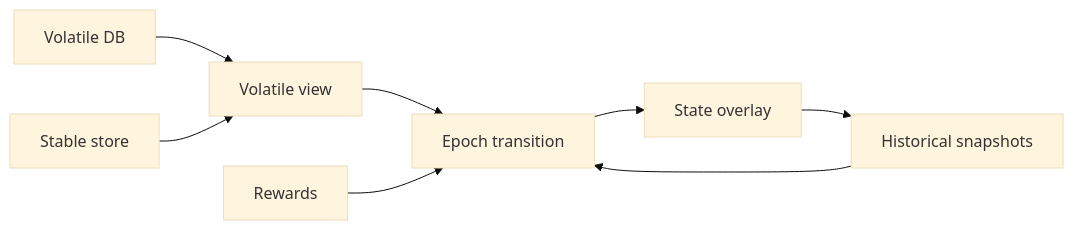
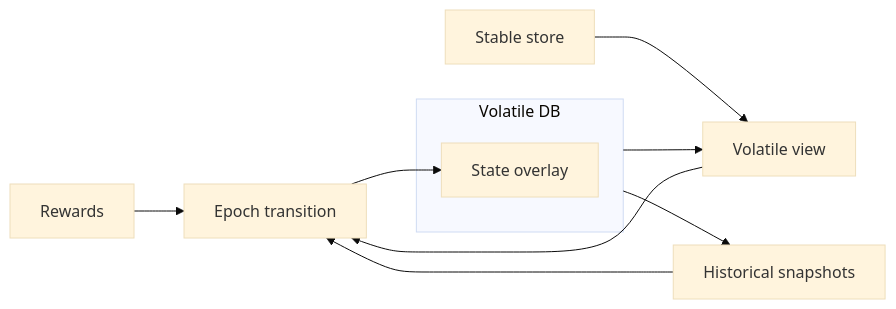
Before and after one commit to pragma-org/amaru: the third of 3 diagrams in crates/amaru-ledger/README.md, drawn with Mermaid (base theme). The commit also changed other lines of this file, not shown here.

Commit message:
chore: update ledger mermaid diagrams

````diff
--- a/crates/amaru-ledger/README.md
+++ b/crates/amaru-ledger/README.md
@@ -72,18 +76,20 @@
 ```mermaid
 flowchart LR
     ET["Epoch transition"]
     HS["Historical snapshots"]
     RW["Rewards"]
-    SO["State overlay"]
     SS["Stable store"]
-    VD["Volatile DB"]
     VV["Volatile view"]
+
+    subgraph VD["Volatile DB"]
+        SO["State overlay"]
+    end
 
     VD --> VV
     SS --> VV
     VV --> ET
     HS --> ET
     RW --> ET
     ET --> SO
-    SO --> HS
+    VD --> HS
 ```
````
